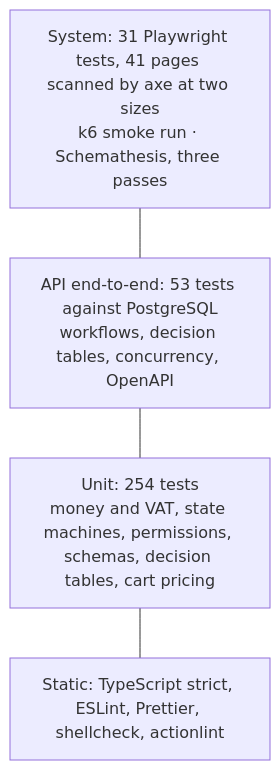
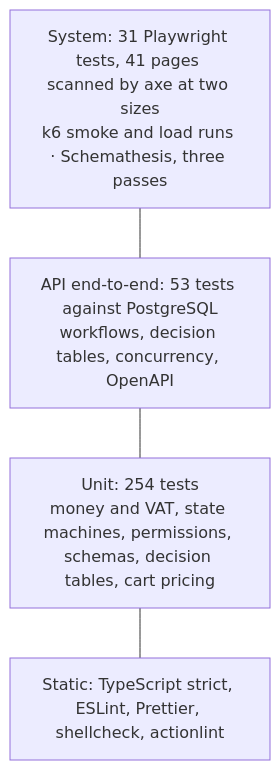
One commit to fasharif/topflow changed the diagram in docs/testing/TEST-PLAN.md. Above: the diagram before and after it, drawn with Mermaid. The commit also changed other lines of this file and 3 other files, not shown here.

First line of the commit message:
docs(testing): publish the measured load runs and the Playwright rerun

````diff
--- a/docs/testing/TEST-PLAN.md
+++ b/docs/testing/TEST-PLAN.md
@@ -60,8 +60,8 @@
 ```mermaid
 flowchart TB
-  SYS["System: 31 Playwright tests, 41 pages scanned by axe at two sizes<br/>k6 smoke run · Schemathesis, three passes"]
+  SYS["System: 31 Playwright tests, 41 pages scanned by axe at two sizes<br/>k6 smoke and load runs · Schemathesis, three passes"]
   E2E["API end-to-end: 53 tests against PostgreSQL<br/>workflows, decision tables, concurrency, OpenAPI"]
   UNIT["Unit: 254 tests<br/>money and VAT, state machines, permissions, schemas, decision tables, cart pricing"]
   STATIC["Static: TypeScript strict, ESLint, Prettier, shellcheck, actionlint"]
   SYS --- E2E --- UNIT --- STATIC
 ```
````
